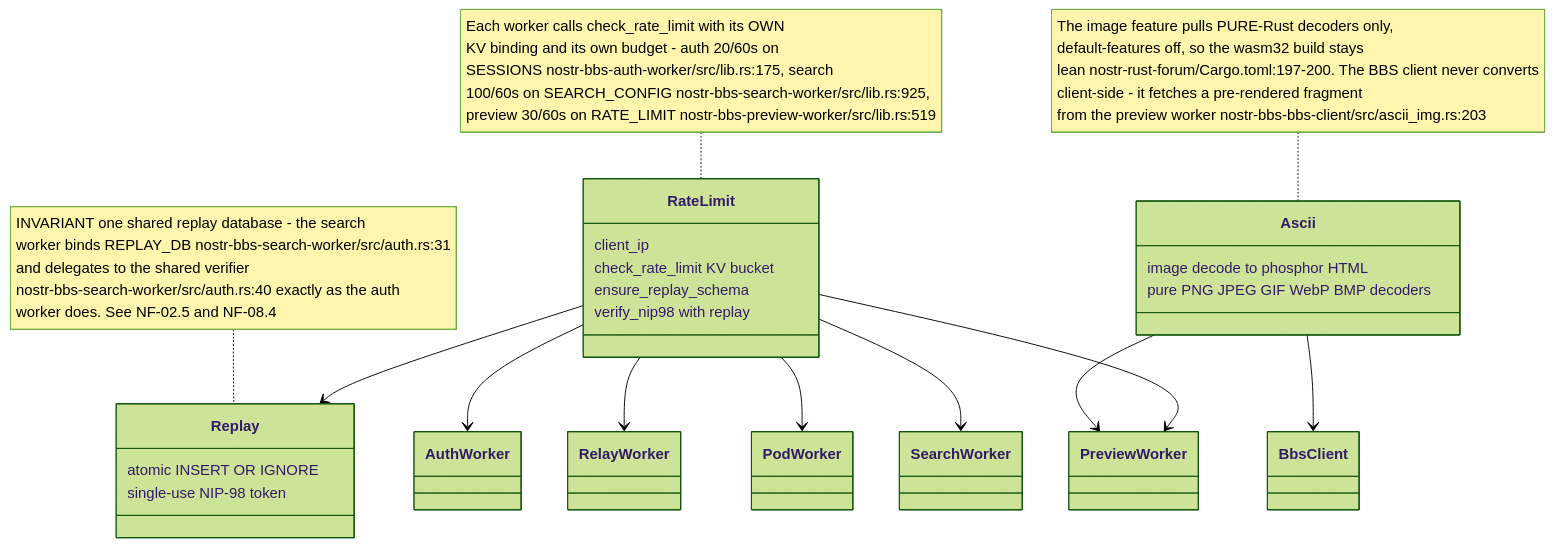
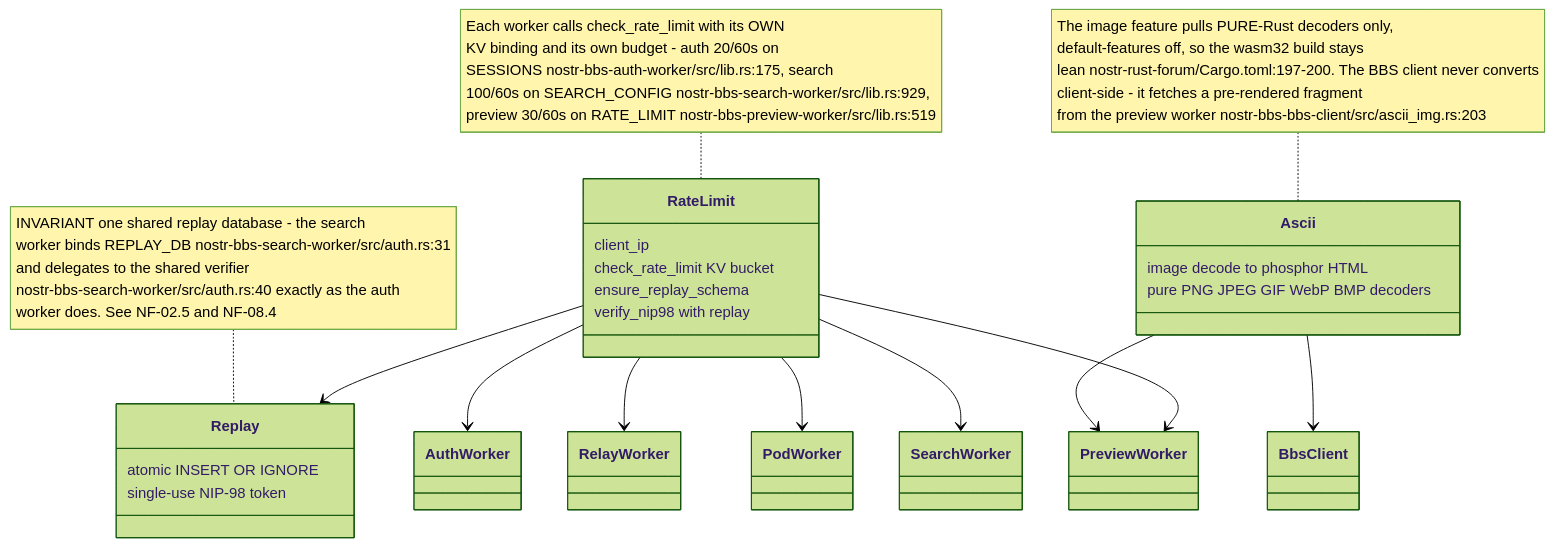
One commit to DreamLab-AI/VisionFlow changed the eighth of 9 diagrams in docs/diagrams/nostr-rust-forum/07-search-preview-and-shared-worker-utilities.md. Above: the diagram before and after it, drawn with Mermaid (forest theme). The commit also changed other lines of this file and 142 other files, not shown here.

First line of the commit message:
docs(diagrams): one System One route; re-verify 140 topics at today's heads

````diff
--- a/docs/diagrams/nostr-rust-forum/07-search-preview-and-shared-worker-utilities.md
+++ b/docs/diagrams/nostr-rust-forum/07-search-preview-and-shared-worker-utilities.md
@@ -204,29 +204,29 @@
 ```mermaid
 classDiagram
     class RateLimit {
         client_ip
         check_rate_limit KV bucket
         ensure_replay_schema
         verify_nip98 with replay
     }
     class Replay {
         atomic INSERT OR IGNORE
         single-use NIP-98 token
     }
     class Ascii {
         image decode to phosphor HTML
         pure PNG JPEG GIF WebP BMP decoders
     }
     RateLimit --> Replay
     Ascii --> PreviewWorker
     Ascii --> BbsClient
     RateLimit --> AuthWorker
     RateLimit --> RelayWorker
     RateLimit --> PodWorker
     RateLimit --> SearchWorker
     RateLimit --> PreviewWorker
 
-    note for RateLimit "Each worker calls check_rate_limit with its OWN<br/>KV binding and its own budget - auth 20/60s on<br/>SESSIONS nostr-bbs-auth-worker/src/lib.rs:175, search<br/>100/60s on SEARCH_CONFIG nostr-bbs-search-worker/src/lib.rs:925,<br/>preview 30/60s on RATE_LIMIT nostr-bbs-preview-worker/src/lib.rs:519"
+    note for RateLimit "Each worker calls check_rate_limit with its OWN<br/>KV binding and its own budget - auth 20/60s on<br/>SESSIONS nostr-bbs-auth-worker/src/lib.rs:175, search<br/>100/60s on SEARCH_CONFIG nostr-bbs-search-worker/src/lib.rs:929,<br/>preview 30/60s on RATE_LIMIT nostr-bbs-preview-worker/src/lib.rs:519"
     note for Replay "INVARIANT one shared replay database - the search<br/>worker binds REPLAY_DB nostr-bbs-search-worker/src/auth.rs:31<br/>and delegates to the shared verifier<br/>nostr-bbs-search-worker/src/auth.rs:40 exactly as the auth<br/>worker does. See NF-02.5 and NF-08.4"
     note for Ascii "The image feature pulls PURE-Rust decoders only,<br/>default-features off, so the wasm32 build stays<br/>lean nostr-rust-forum/Cargo.toml:197-200. The BBS client never converts<br/>client-side - it fetches a pre-rendered fragment<br/>from the preview worker nostr-bbs-bbs-client/src/ascii_img.rs:203"
 ```
````
